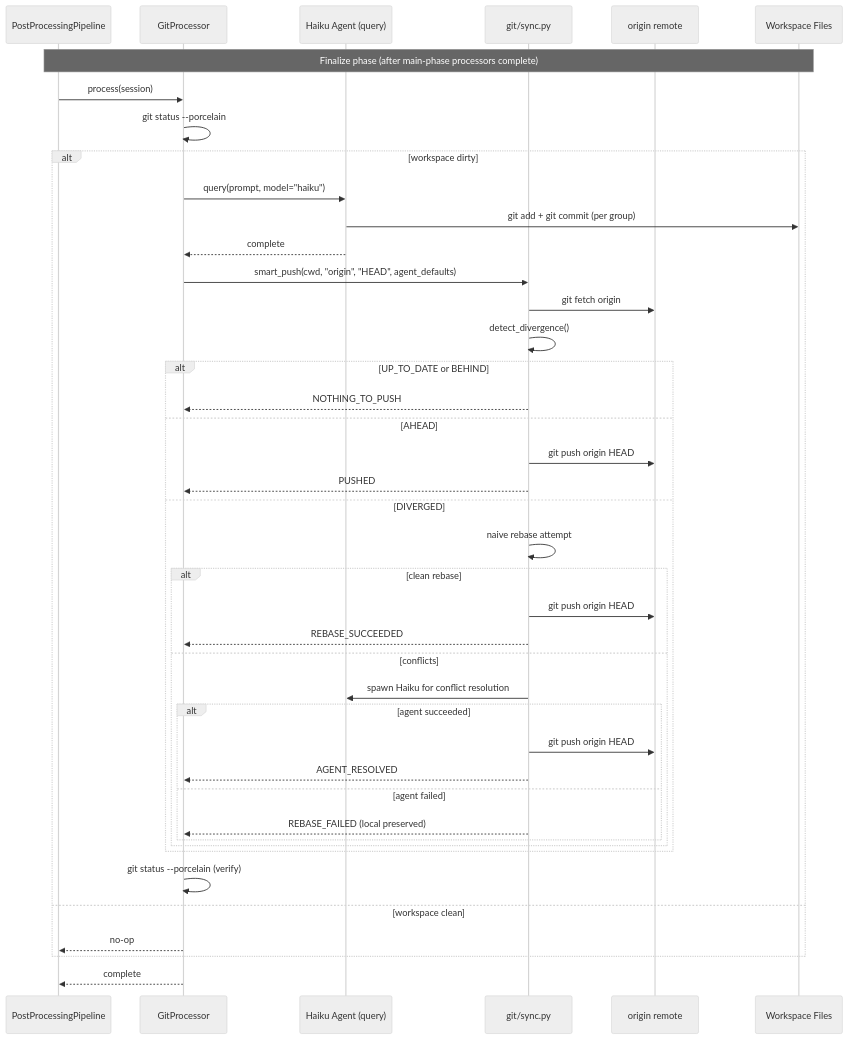
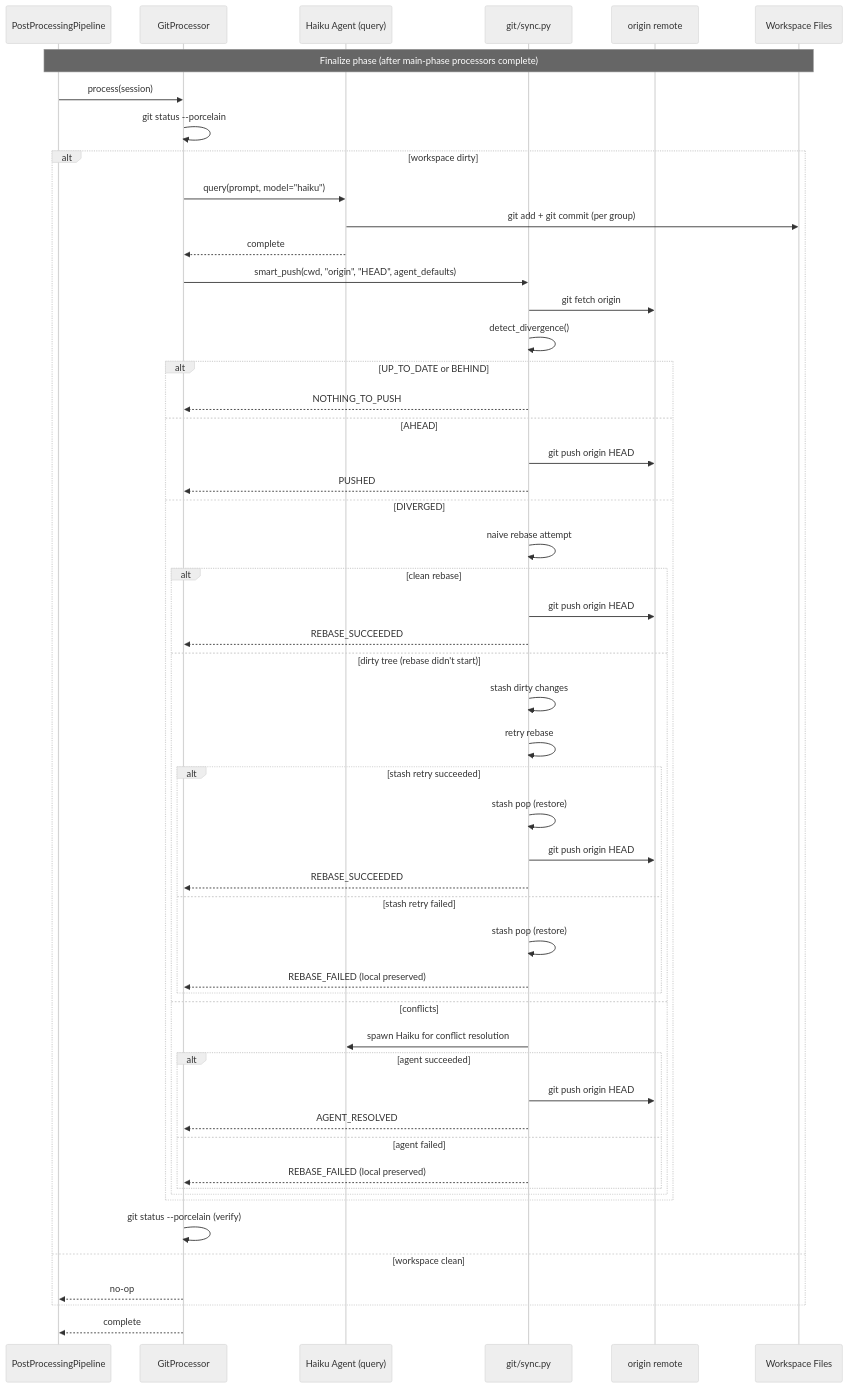
One commit to asermax/tachikoma changed the diagram in docs/feature-designs/agent/workspace-version-tracking.md. Above: the diagram before and after it, drawn with Mermaid (neutral theme). The commit also changed other lines of this file and 1 other file, not shown here.

First line of the commit message:
docs: reconcile feature docs for gitignore and stash retry changes

````diff
--- a/docs/feature-designs/agent/workspace-version-tracking.md
+++ b/docs/feature-designs/agent/workspace-version-tracking.md
@@ -57,45 +57,56 @@
 ```mermaid
 sequenceDiagram
     participant Pipeline as PostProcessingPipeline
     participant Git as GitProcessor
     participant Agent as Haiku Agent (query)
     participant Sync as git/sync.py
     participant Remote as origin remote
     participant FS as Workspace Files
 
     Note over Pipeline,FS: Finalize phase (after main-phase processors complete)
     Pipeline->>Git: process(session)
     Git->>Git: git status --porcelain
     alt workspace dirty
         Git->>Agent: query(prompt, model="haiku")
         Agent->>FS: git add + git commit (per group)
         Agent-->>Git: complete
         Git->>Sync: smart_push(cwd, "origin", "HEAD", agent_defaults)
         Sync->>Remote: git fetch origin
         Sync->>Sync: detect_divergence()
         alt UP_TO_DATE or BEHIND
             Sync-->>Git: NOTHING_TO_PUSH
         else AHEAD
             Sync->>Remote: git push origin HEAD
             Sync-->>Git: PUSHED
         else DIVERGED
             Sync->>Sync: naive rebase attempt
             alt clean rebase
                 Sync->>Remote: git push origin HEAD
                 Sync-->>Git: REBASE_SUCCEEDED
+            else dirty tree (rebase didn't start)
+                Sync->>Sync: stash dirty changes
+                Sync->>Sync: retry rebase
+                alt stash retry succeeded
+                    Sync->>Sync: stash pop (restore)
+                    Sync->>Remote: git push origin HEAD
+                    Sync-->>Git: REBASE_SUCCEEDED
+                else stash retry failed
+                    Sync->>Sync: stash pop (restore)
+                    Sync-->>Git: REBASE_FAILED (local preserved)
+                end
             else conflicts
                 Sync->>Agent: spawn Haiku for conflict resolution
                 alt agent succeeded
                     Sync->>Remote: git push origin HEAD
                     Sync-->>Git: AGENT_RESOLVED
                 else agent failed
                     Sync-->>Git: REBASE_FAILED (local preserved)
                 end
             end
         end
         Git->>Git: git status --porcelain (verify)
     else workspace clean
         Git-->>Pipeline: no-op
     end
     Git-->>Pipeline: complete
 ```
````
